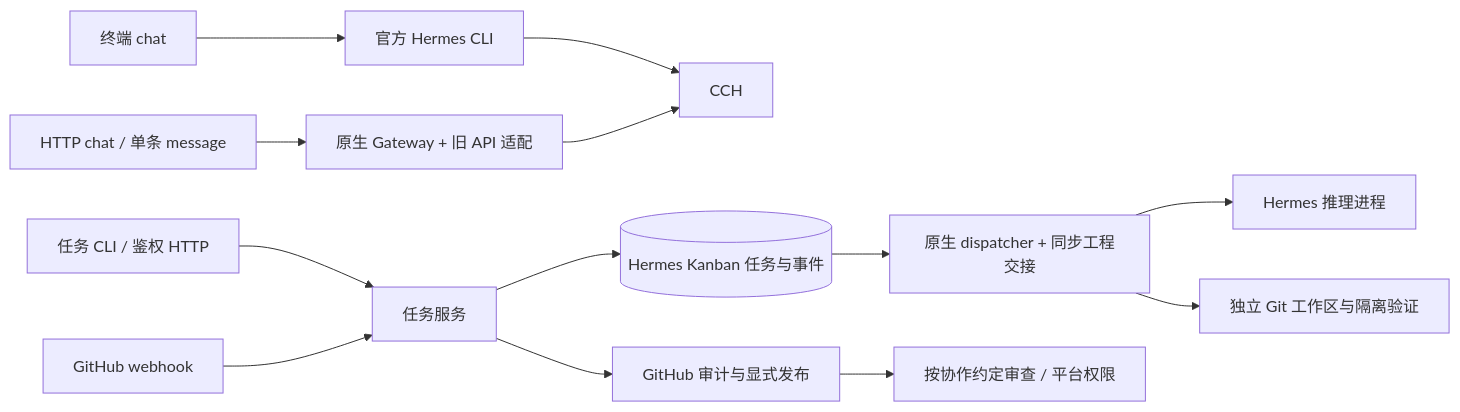
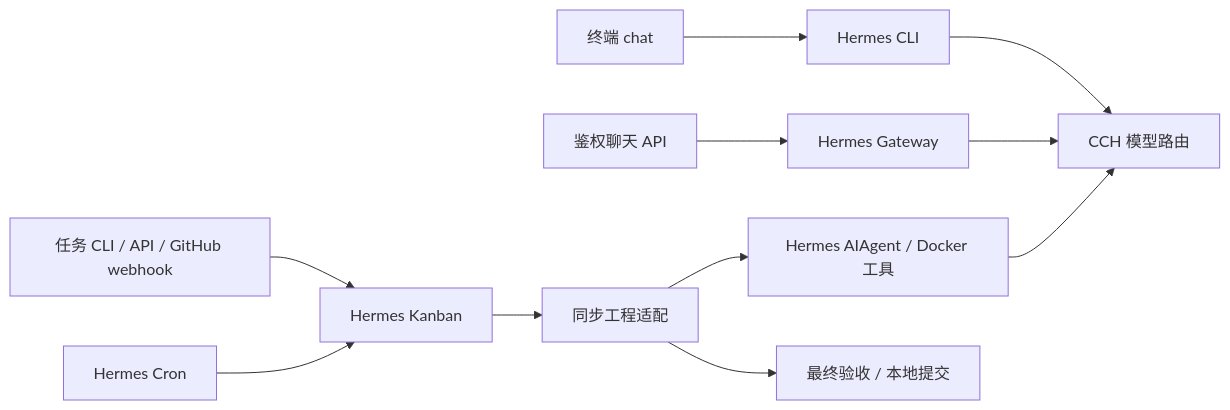
Before and after one commit to Ceng-0324/MIKASA: the diagram in docs/architecture/README.md, drawn with Mermaid. The commit also changed other lines of this file and 66 other files, not shown here.

````diff
--- a/docs/architecture/README.md
+++ b/docs/architecture/README.md
@@ -13,15 +7,13 @@
 ```mermaid
 flowchart LR
-    A[任务 CLI / 鉴权 HTTP] --> B[任务服务]
-    J[终端 chat] --> K[官方 Hermes CLI]
-    L[HTTP chat / 单条 message] --> M[原生 Gateway + 旧 API 适配]
-    K --> N[CCH]
-    M --> N
-    G[GitHub webhook] --> B
-    B --> C[(Hermes Kanban 任务与事件)]
-    C --> D[原生 dispatcher + 同步工程交接]
-    D --> E[Hermes 推理进程]
-    D --> F[独立 Git 工作区与隔离验证]
-    B --> H[GitHub 审计与显式发布]
-    H --> I[按协作约定审查 / 平台权限]
+    CLI[终端 chat] --> H[Hermes CLI]
+    HTTP[鉴权聊天 API] --> G[Hermes Gateway]
+    H --> CCH[CCH 模型路由]
+    G --> CCH
+    T[任务 CLI / API / GitHub webhook] --> K[Hermes Kanban]
+    CR[Hermes Cron] --> K
+    K --> W[同步工程适配]
+    W --> A[Hermes AIAgent / Docker 工具]
+    A --> CCH
+    W --> V[最终验收 / 本地提交]
 ```
````
